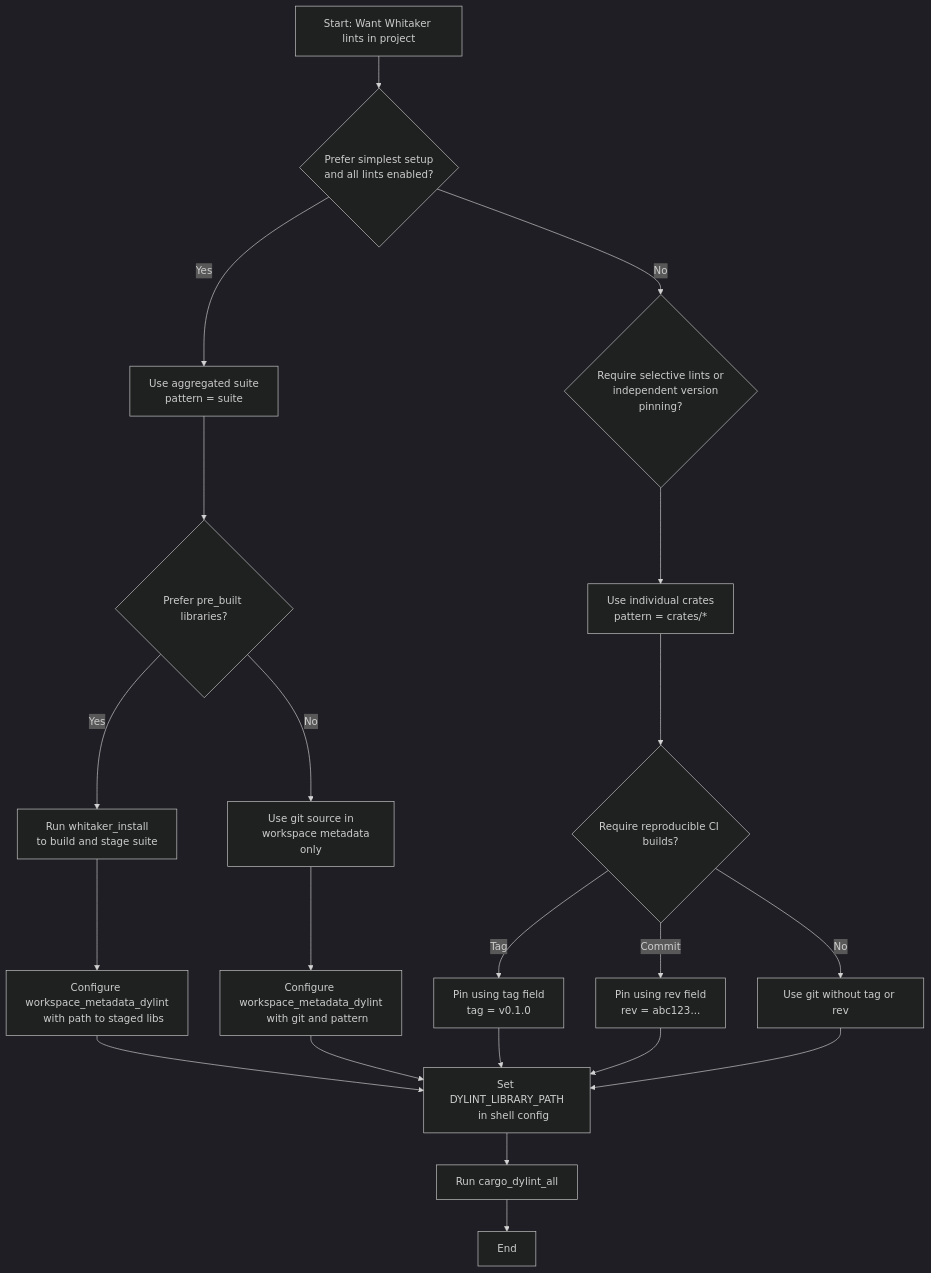
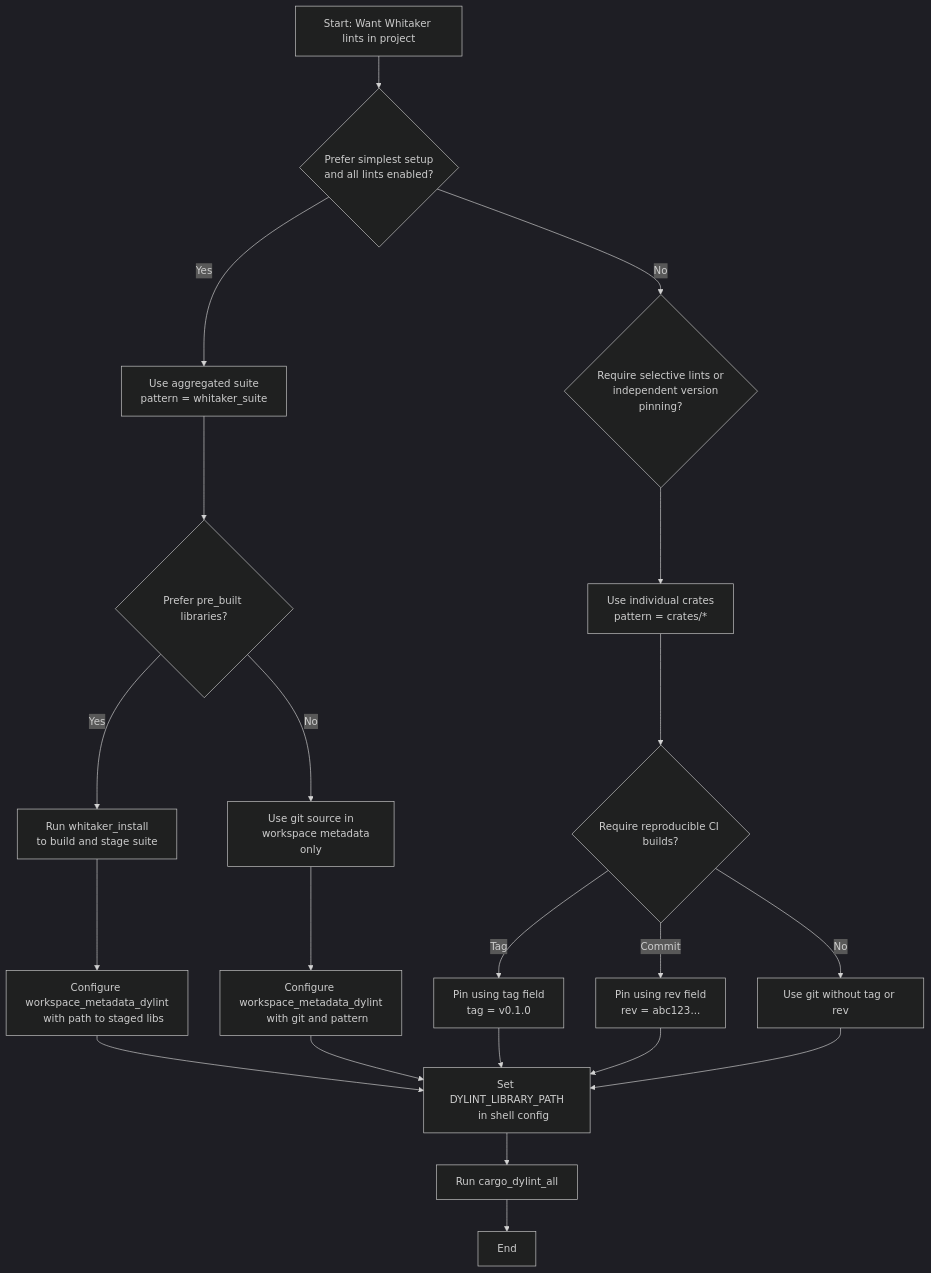
The diagram in docs/whitaker-dylint-suite-design.md (leynos/whitaker), drawn with Mermaid (dark theme) before and after one commit. The commit also changed other lines of this file and 21 other files, not shown here.

First line of the commit message:
Rename suite crate to whitaker_suite

````diff
--- a/docs/whitaker-dylint-suite-design.md
+++ b/docs/whitaker-dylint-suite-design.md
@@ -1297,40 +1298,40 @@
 ```mermaid
 flowchart TD
     A_start[Start: Want Whitaker lints in project] --> B_decide_mode{Prefer simplest setup
     and all lints enabled?}
     B_decide_mode -->|Yes| C_suite[Use aggregated suite
-    pattern = suite]
+    pattern = whitaker_suite]
     B_decide_mode -->|No| D_selective{Require selective lints or
     independent version pinning?}
 
     C_suite --> E_install_choice{Prefer pre_built libraries?}
     D_selective --> F_individual[Use individual crates
     pattern = crates/*]
 
     E_install_choice -->|Yes| G_run_installer[Run whitaker_install
     to build and stage suite]
     E_install_choice -->|No| H_use_git[Use git source in
     workspace metadata only]
 
     F_individual --> I_version_pin{Require reproducible CI builds?}
     I_version_pin -->|Tag| J_tag_pin[Pin using tag field
     tag = v0.1.0]
     I_version_pin -->|Commit| K_rev_pin[Pin using rev field
     rev = abc123...]
     I_version_pin -->|No| L_unpinned[Use git without tag or rev]
 
     G_run_installer --> M_workspace_path[Configure workspace_metadata_dylint
     with path to staged libs]
     H_use_git --> N_workspace_git[Configure workspace_metadata_dylint
     with git and pattern]
 
     M_workspace_path --> O_set_env[Set DYLINT_LIBRARY_PATH
     in shell config]
     N_workspace_git --> O_set_env
     J_tag_pin --> O_set_env
     K_rev_pin --> O_set_env
     L_unpinned --> O_set_env
 
     O_set_env --> P_run_lints[Run cargo_dylint_all]
     P_run_lints --> Q_end[End]
 ```
````
